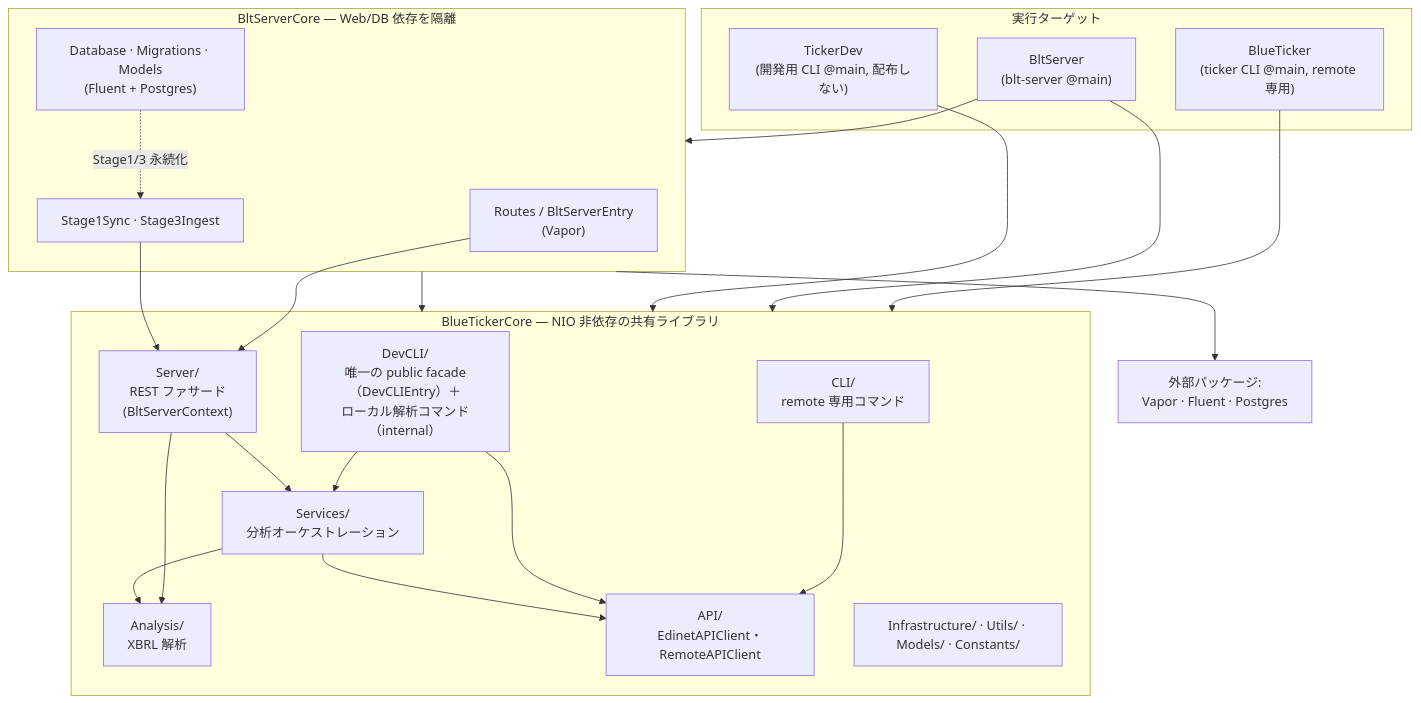
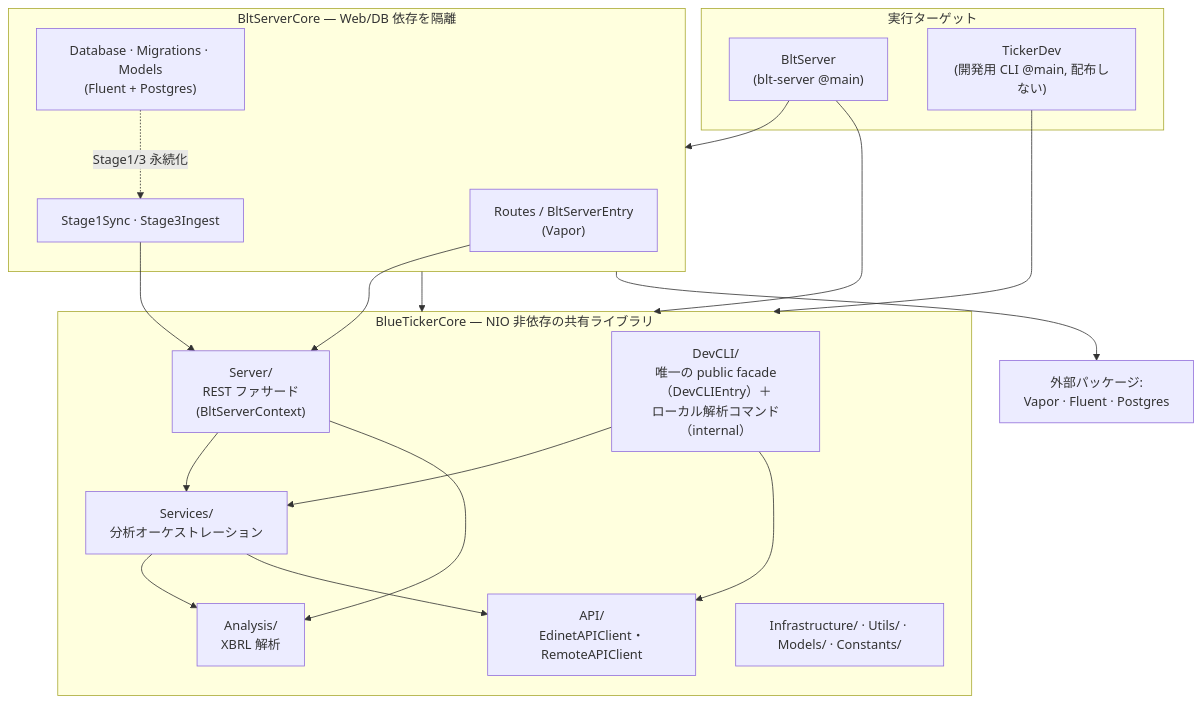
One commit to sollahiro/blue-ticker changed the first of 4 diagrams in docs/architecture.md. Above: the diagram before and after it, drawn with Mermaid. The commit also changed other lines of this file and 1 other file, not shown here.

First line of the commit message:
docs: remove stale ticker references from architecture docs

````diff
--- a/docs/architecture.md
+++ b/docs/architecture.md
@@ -23,44 +23,40 @@
 ```mermaid
 graph TD
     subgraph exe["実行ターゲット"]
-        ticker["BlueTicker<br/>(ticker CLI @main, remote 専用)"]
         blt["BltServer<br/>(blt-server @main)"]
         tickerdev["TickerDev<br/>(開発用 CLI @main, 配布しない)"]
     end
 
     subgraph core["BlueTickerCore — NIO 非依存の共有ライブラリ"]
-        CLI["CLI/<br/>remote 専用コマンド"]
         DevCLI["DevCLI/<br/>唯一の public facade（DevCLIEntry）＋<br/>ローカル解析コマンド（internal）"]
         Server["Server/<br/>REST ファサード<br/>(BltServerContext)"]
         Services["Services/<br/>分析オーケストレーション"]
         Analysis["Analysis/<br/>XBRL 解析"]
         API["API/<br/>EdinetAPIClient・RemoteAPIClient"]
         Infra["Infrastructure/ · Utils/ · Models/ · Constants/"]
     end
 
     subgraph servercore["BltServerCore — Web/DB 依存を隔離"]
         Transport["Routes / BltServerEntry<br/>(Vapor)"]
         DB["Database · Migrations · Models<br/>(Fluent + Postgres)"]
         Stages["Stage1Sync · Stage3Ingest"]
     end
 
     ext["外部パッケージ:<br/>Vapor · Fluent · Postgres"]
 
-    ticker --> core
     blt --> servercore
     blt --> core
     tickerdev --> core
     servercore --> core
     servercore --> ext
 
-    CLI --> API
     DevCLI --> Services
     DevCLI --> API
     Server --> Services
     Server --> Analysis
     Services --> Analysis
     Services --> API
     Transport --> Server
     Stages --> Server
     DB -.->|Stage1/3 永続化| Stages
 ```
````
